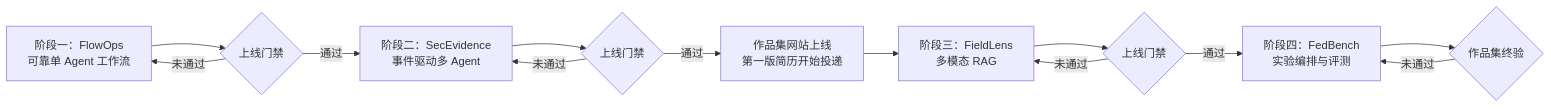
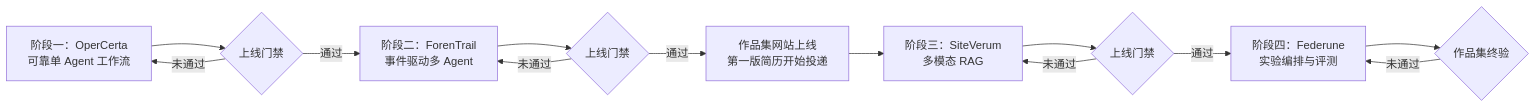
Before and after one commit to KXHXK/opercerta: the first of 6 diagrams in docs/specs/AI_Agent四项目总体设计规格.md, drawn with Mermaid. The commit also changed other lines of this file and 5 other files, not shown here.

Commit message:
docs: rename FlowOps to OperCerta

````diff
--- a/docs/specs/AI_Agent四项目总体设计规格.md
+++ b/docs/specs/AI_Agent四项目总体设计规格.md
@@ -55,15 +55,15 @@
 ```mermaid
 flowchart LR
-    P1["阶段一：FlowOps<br/>可靠单 Agent 工作流"] --> G1{"上线门禁"}
-    G1 -->|通过| P2["阶段二：SecEvidence<br/>事件驱动多 Agent"]
+    P1["阶段一：OperCerta<br/>可靠单 Agent 工作流"] --> G1{"上线门禁"}
+    G1 -->|通过| P2["阶段二：ForenTrail<br/>事件驱动多 Agent"]
     G1 -->|未通过| P1
     P2 --> G2{"上线门禁"}
     G2 -->|通过| W["作品集网站上线<br/>第一版简历开始投递"]
     G2 -->|未通过| P2
-    W --> P3["阶段三：FieldLens<br/>多模态 RAG"]
+    W --> P3["阶段三：SiteVerum<br/>多模态 RAG"]
     P3 --> G3{"上线门禁"}
-    G3 -->|通过| P4["阶段四：FedBench<br/>实验编排与评测"]
+    G3 -->|通过| P4["阶段四：Federune<br/>实验编排与评测"]
     G3 -->|未通过| P3
     P4 --> G4{"作品集终验"}
     G4 -->|未通过| P4
 ```
````
